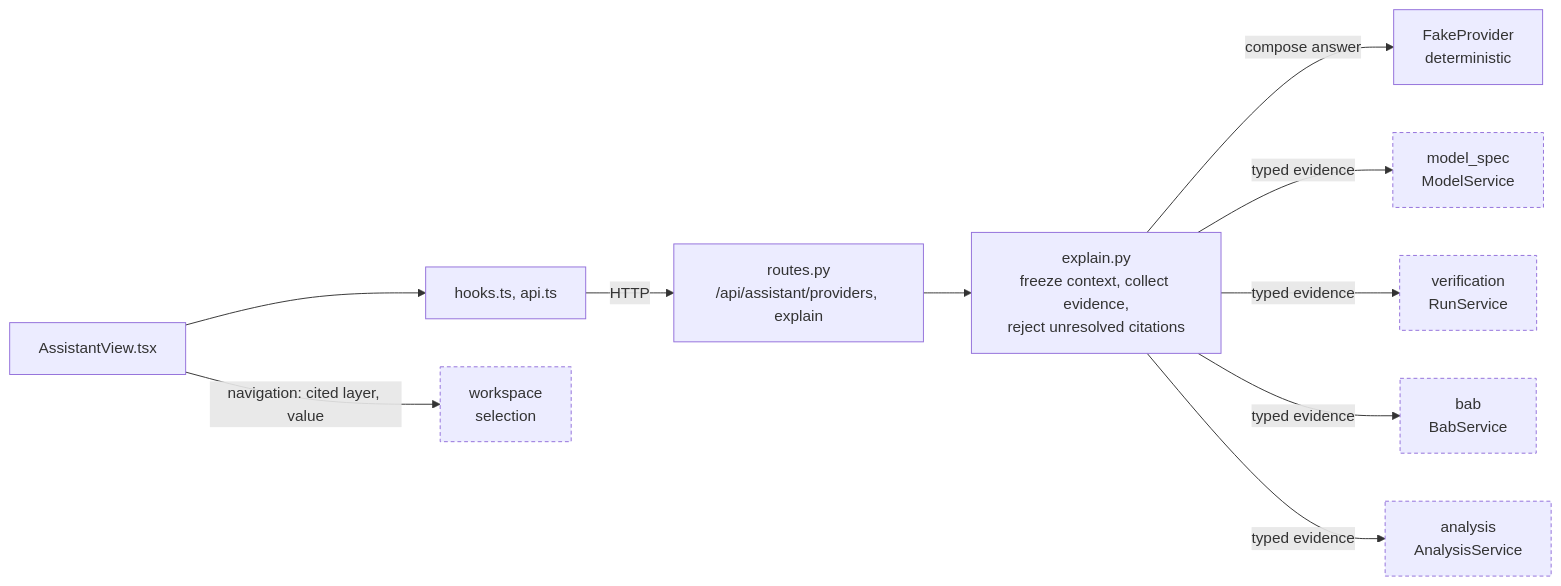
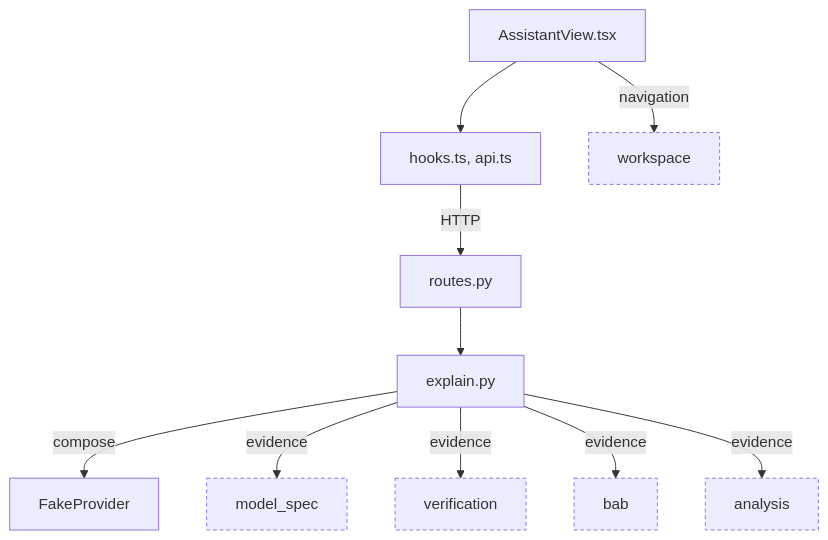
Before and after one commit to SVF-tools/ACT-GUI: the diagram in visual_bench/assistant/README.md, drawn with Mermaid. The commit also changed 17 other files, not shown here.

Commit message:
lay out the README flow diagrams top-down so they stay legible on GitHub

````diff
--- a/visual_bench/assistant/README.md
+++ b/visual_bench/assistant/README.md
@@ -24,20 +24,20 @@
 ```mermaid
-flowchart LR
+flowchart TB
   classDef ext stroke-dasharray: 4 3
   AV["AssistantView.tsx"]
   H["hooks.ts, api.ts"]
-  R["routes.py<br/>/api/assistant/providers, explain"]
-  E["explain.py<br/>freeze context, collect evidence,<br/>reject unresolved citations"]
-  P["FakeProvider<br/>deterministic"]
-  WS["workspace<br/>selection"]:::ext
-  MS["model_spec<br/>ModelService"]:::ext
-  VER["verification<br/>RunService"]:::ext
-  BAB["bab<br/>BabService"]:::ext
-  AN["analysis<br/>AnalysisService"]:::ext
+  R["routes.py"]
+  E["explain.py"]
+  P["FakeProvider"]
+  WS["workspace"]:::ext
+  MS["model_spec"]:::ext
+  VER["verification"]:::ext
+  BAB["bab"]:::ext
+  AN["analysis"]:::ext
   AV --> H
-  AV -- "navigation: cited layer, value" --> WS
+  AV -- "navigation" --> WS
   H -- "HTTP" --> R
   R --> E
-  E -- "compose answer" --> P
-  E -- "typed evidence" --> MS & VER & BAB & AN
+  E -- "compose" --> P
+  E -- "evidence" --> MS & VER & BAB & AN
 ```
````
